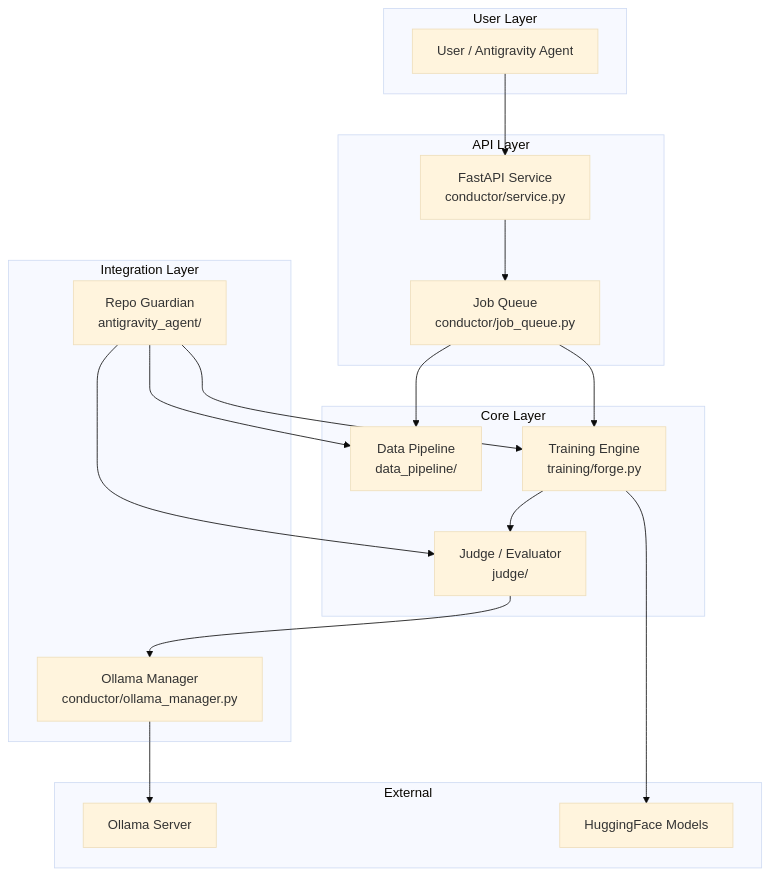
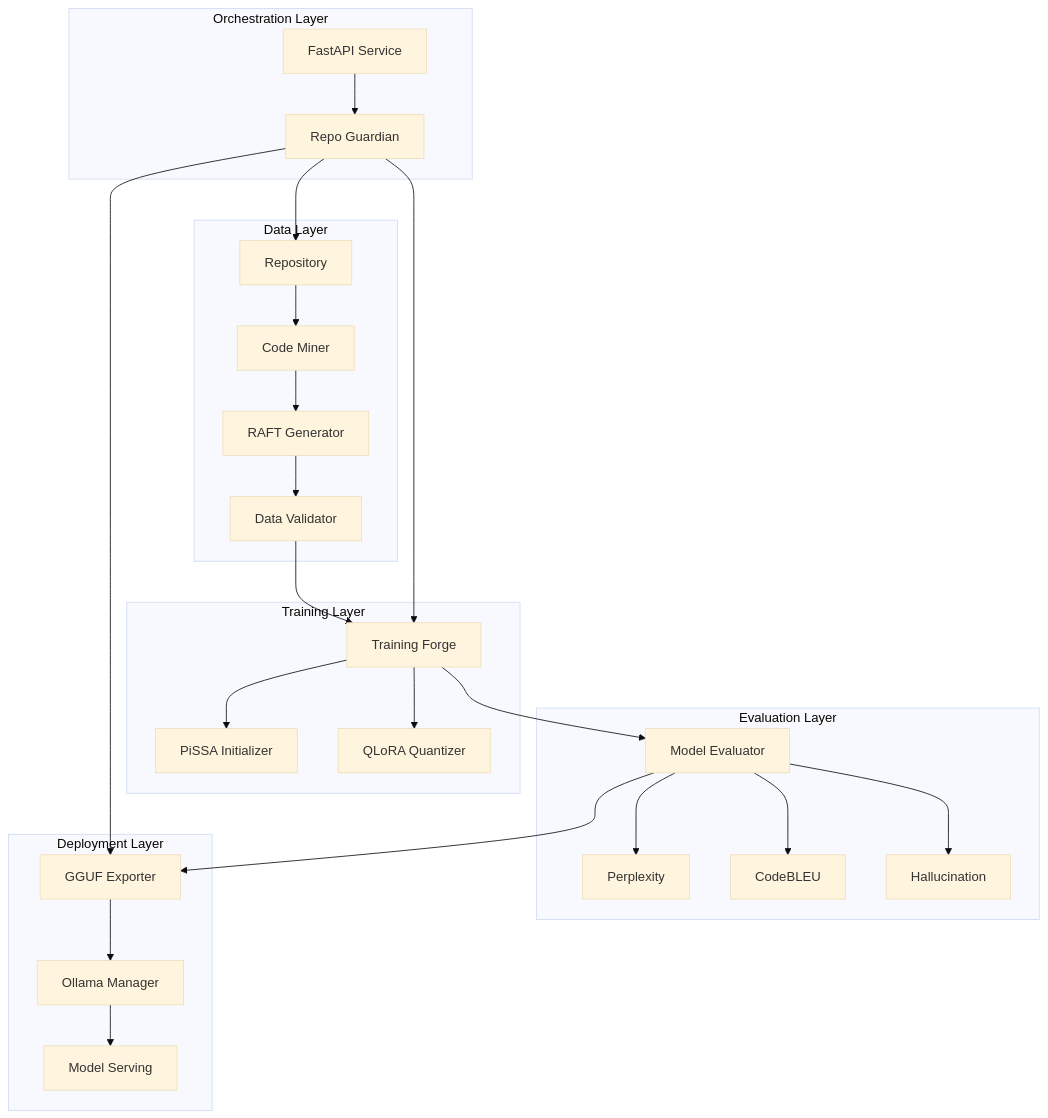
One commit to mukundajmera/ai_forge changed the first of 8 diagrams in docs/architecture.md. Above: the diagram before and after it, drawn with Mermaid (base theme). The commit also changed other lines of this file and 5 other files, not shown here.

````diff
--- a/docs/architecture.md
+++ b/docs/architecture.md
@@ -9,39 +9,34 @@
 ```mermaid
 graph TB
-    subgraph User Layer
-        UI[User / Antigravity Agent]
+    subgraph "Data Layer"
+        A[Repository] --> B[Code Miner]
+        B --> C[RAFT Generator]
+        C --> D[Data Validator]
     end
     
-    subgraph API Layer
-        API[FastAPI Service<br>conductor/service.py]
-        JQ[Job Queue<br>conductor/job_queue.py]
+    subgraph "Training Layer"
+        D --> E[Training Forge]
+        E --> F[PiSSA Initializer]
+        E --> G[QLoRA Quantizer]
     end
     
-    subgraph Core Layer
-        DP[Data Pipeline<br>data_pipeline/]
-        TE[Training Engine<br>training/forge.py]
-        JE[Judge / Evaluator<br>judge/]
+    subgraph "Evaluation Layer"
+        E --> H[Model Evaluator]
+        H --> I[Perplexity]
+        H --> J[CodeBLEU]
+        H --> K[Hallucination]
     end
     
-    subgraph Integration Layer
-        OM[Ollama Manager<br>conductor/ollama_manager.py]
-        AG[Repo Guardian<br>antigravity_agent/]
+    subgraph "Deployment Layer"
+        H --> L[GGUF Exporter]
+        L --> M[Ollama Manager]
+        M --> N[Model Serving]
     end
     
-    subgraph External
-        OL[Ollama Server]
-        HF[HuggingFace Models]
+    subgraph "Orchestration Layer"
+        O[Repo Guardian] --> A
+        O --> E
+        O --> L
+        P[FastAPI Service] --> O
     end
-    
-    UI --> API
-    API --> JQ
-    JQ --> DP
-    JQ --> TE
-    TE --> JE
-    JE --> OM
-    OM --> OL
-    TE --> HF
-    AG --> DP
-    AG --> TE
-    AG --> JE
 ```
````
